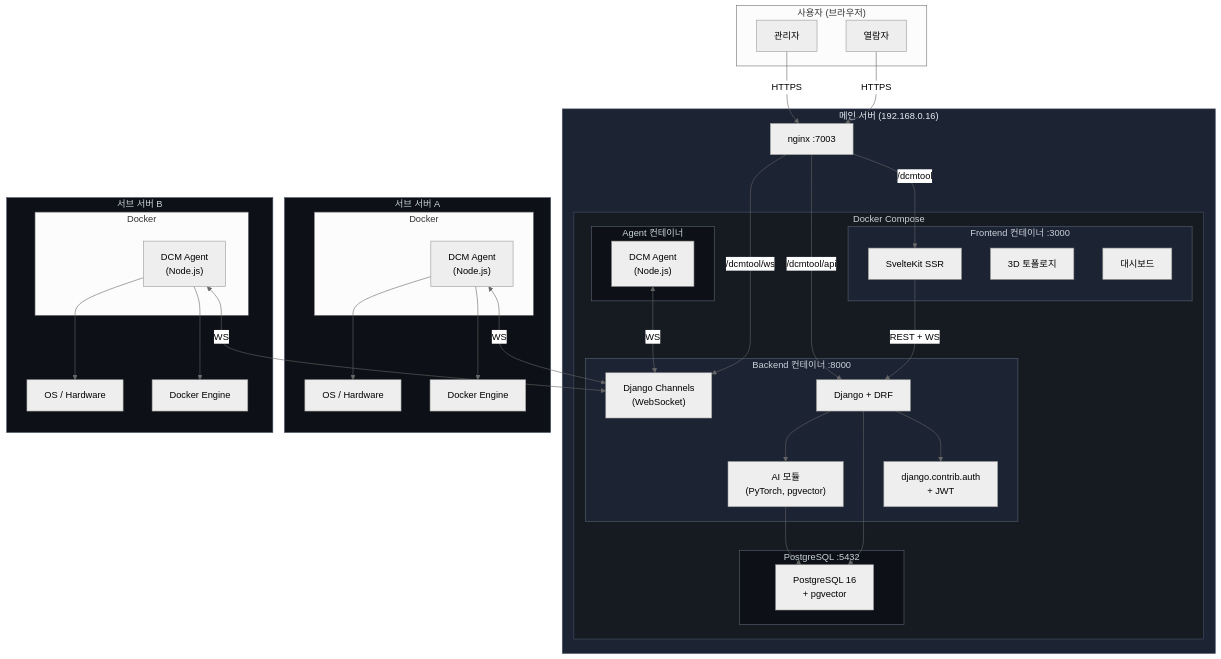
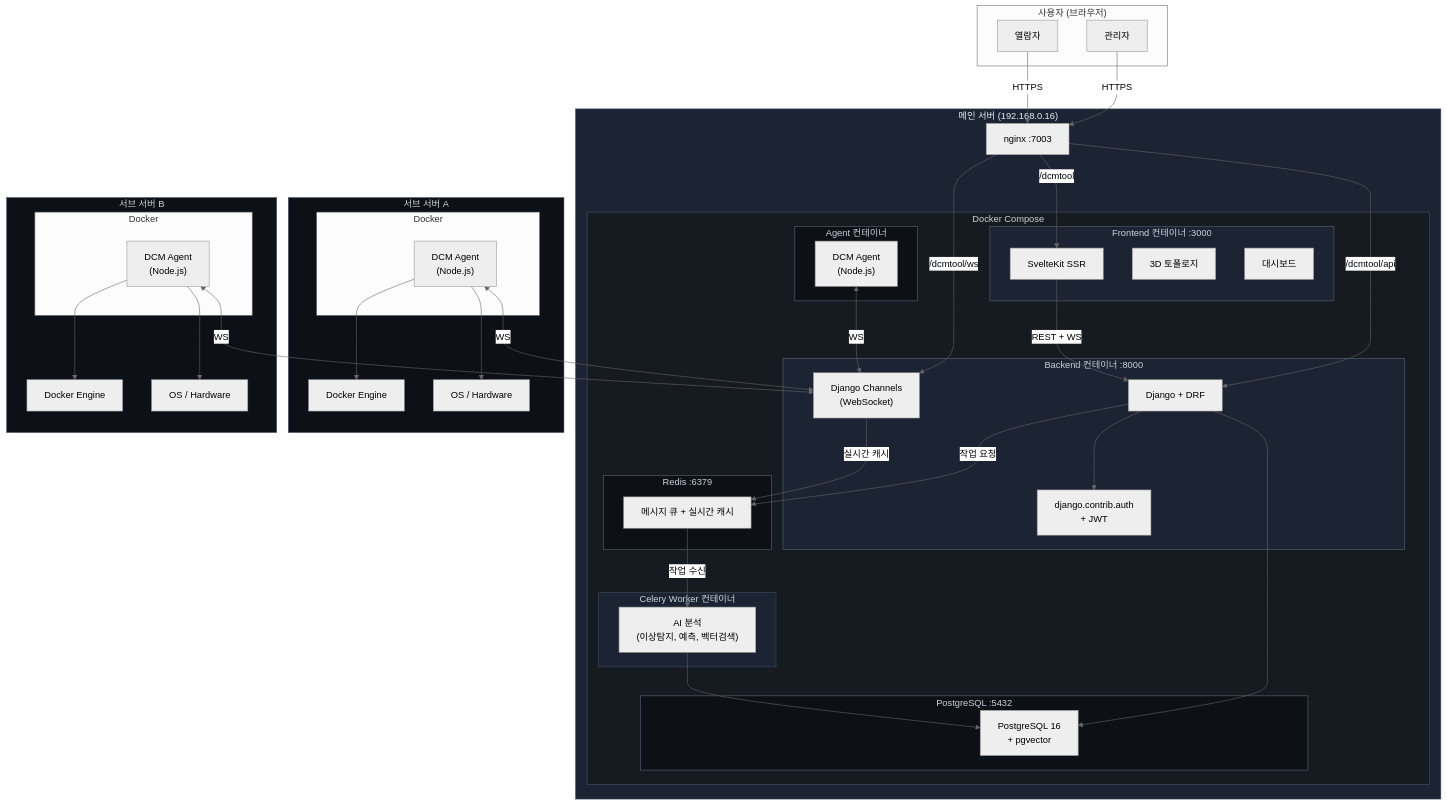
The first of 11 diagrams in docs/to-be-architecture.md (qkr7287/HyperCube), drawn with Mermaid (neutral theme) before and after one commit. The commit also changed other lines of this file, not shown here.

First line of the commit message:
docs: add Redis + Celery Worker to architecture

```diff
--- a/docs/to-be-architecture.md
+++ b/docs/to-be-architecture.md
@@ -37,7 +37,14 @@
                 Django["Django + DRF"]
                 Channels["Django Channels<br/>(WebSocket)"]
                 AuthDJ["django.contrib.auth<br/>+ JWT"]
-                AI["AI 모듈<br/>(PyTorch, pgvector)"]
+            end
+
+            subgraph CeleryC["Celery Worker 컨테이너"]
+                CeleryW["AI 분석<br/>(이상탐지, 예측, 벡터검색)"]
+            end
+
+            subgraph RedisC["Redis :6379"]
+                RedisS["메시지 큐 + 실시간 캐시"]
             end
 
             subgraph PgContainer["PostgreSQL :5432"]
@@ -74,7 +81,10 @@
     SvelteKit -->|REST + WS| Django
     Django --> AuthDJ
     Django --> PgDB
-    Django --> AI --> PgDB
+    Django -->|작업 요청| RedisS
+    RedisS -->|작업 수신| CeleryW
+    CeleryW --> PgDB
+    Channels -->|실시간 캐시| RedisS
 
     AgentM <-->|WS| Channels
     Agent1 <-->|WS| Channels
@@ -89,6 +99,8 @@
     style DockerMain fill:#161b22,stroke:#4a5568,color:#c9d1d9
     style FE fill:#1c2333,stroke:#586474,color:#c9d1d9
     style BE fill:#1c2333,stroke:#586474,color:#c9d1d9
+    style CeleryC fill:#1c2333,stroke:#3d4f5f,color:#c9d1d9
+    style RedisC fill:#0d1117,stroke:#586474,color:#c9d1d9
     style PgContainer fill:#0d1117,stroke:#586474,color:#c9d1d9
     style AgentMain fill:#0d1117,stroke:#586474,color:#c9d1d9
     style SubServer1 fill:#0d1117,stroke:#4a5568,color:#c9d1d9
```
